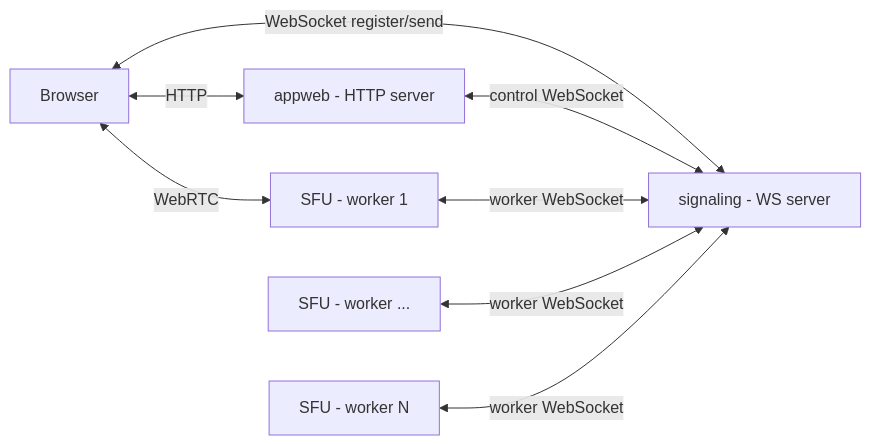
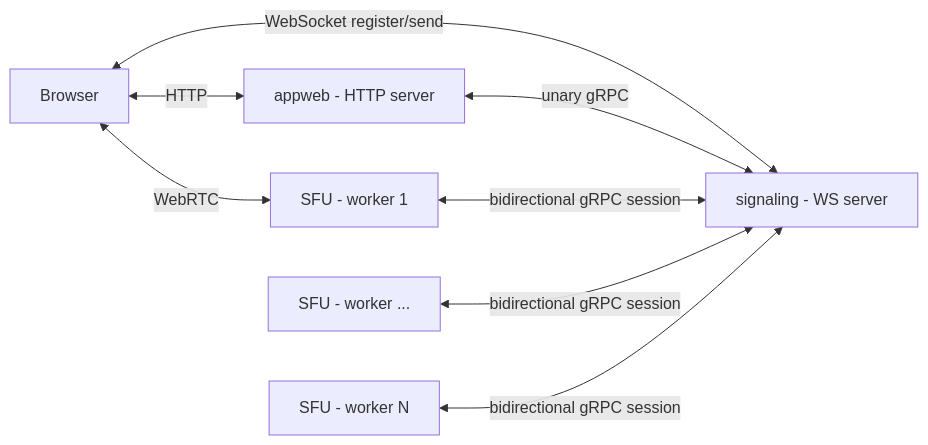
One commit to webrtc-rs/apprtc changed the first of 3 diagrams in docs/design/apprtc-signaling-architecture-design.md. Above: the diagram before and after it, drawn with Mermaid. The commit also changed other lines of this file and 25 other files, not shown here.

````diff
--- a/docs/design/apprtc-signaling-architecture-design.md
+++ b/docs/design/apprtc-signaling-architecture-design.md
@@ -38,10 +34,10 @@
 ```mermaid
 flowchart LR
     B[Browser] <-- HTTP --> A[appweb - HTTP server]
     B <-- WebSocket register/send --> S[signaling - WS server]
-    A <-- control WebSocket --> S
-    F1[SFU - worker 1] <-- worker WebSocket --> S
-    FK[SFU - worker ...] <-- worker WebSocket --> S
-    FN[SFU - worker N] <-- worker WebSocket --> S
+    A <-- unary gRPC --> S
+    F1[SFU - worker 1] <-- bidirectional gRPC session --> S
+    FK[SFU - worker ...] <-- bidirectional gRPC session --> S
+    FN[SFU - worker N] <-- bidirectional gRPC session --> S
     B <-- WebRTC --> F1
 ```
````
